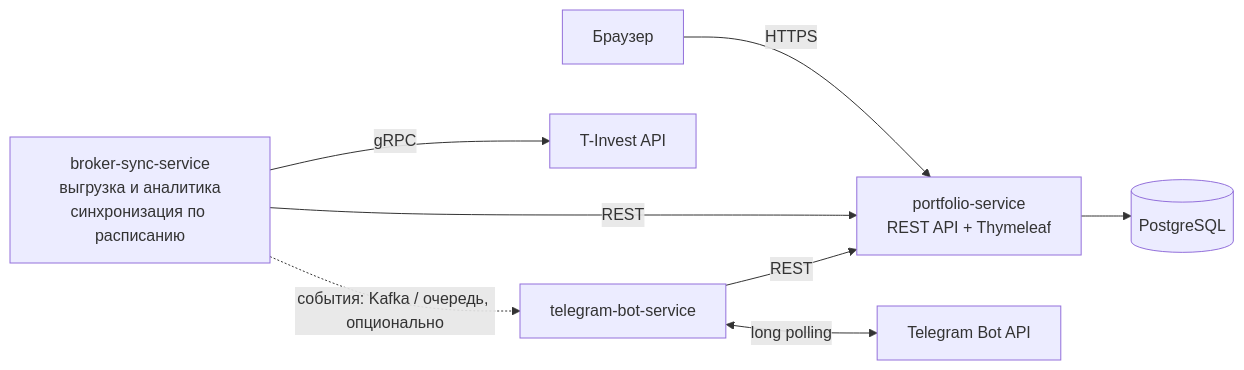
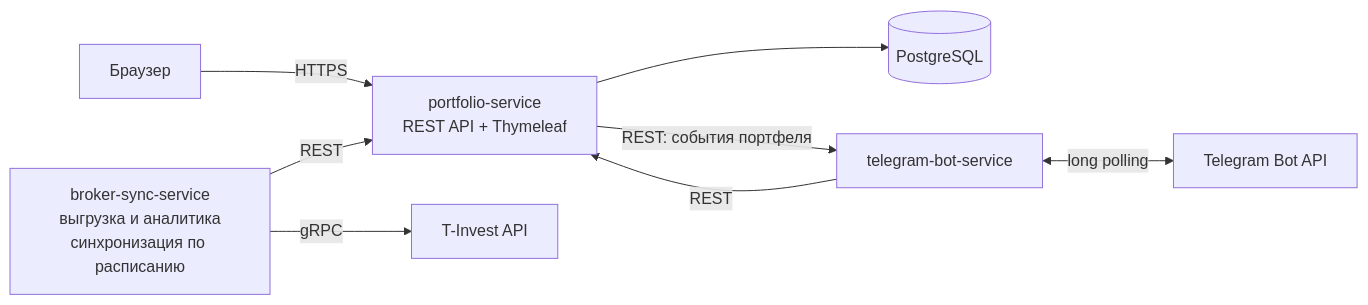
Before and after one commit to KMMoreplz/portfolio-tracker: the diagram in README.md, drawn with Mermaid. The commit also changed other lines of this file and 42 other files, not shown here.

Commit message:
feat: сервис уведомлений и Telegram-бот — telegram-bot-service, события портфеля по REST

````diff
--- a/README.md
+++ b/README.md
@@ -33,10 +33,10 @@
 ```mermaid
 flowchart LR
     browser[Браузер] -->|HTTPS| web[portfolio-service<br/>REST API + Thymeleaf]
     web --> db[(PostgreSQL)]
     sync[broker-sync-service<br/>выгрузка и аналитика<br/>синхронизация по расписанию] -->|gRPC| broker[T-Invest API]
     sync -->|REST| web
-    sync -.->|события: Kafka / очередь, опционально| bot[telegram-bot-service]
+    web -->|REST: события портфеля| bot[telegram-bot-service]
     bot -->|REST| web
     bot <-->|long polling| tg[Telegram Bot API]
 ```
````
